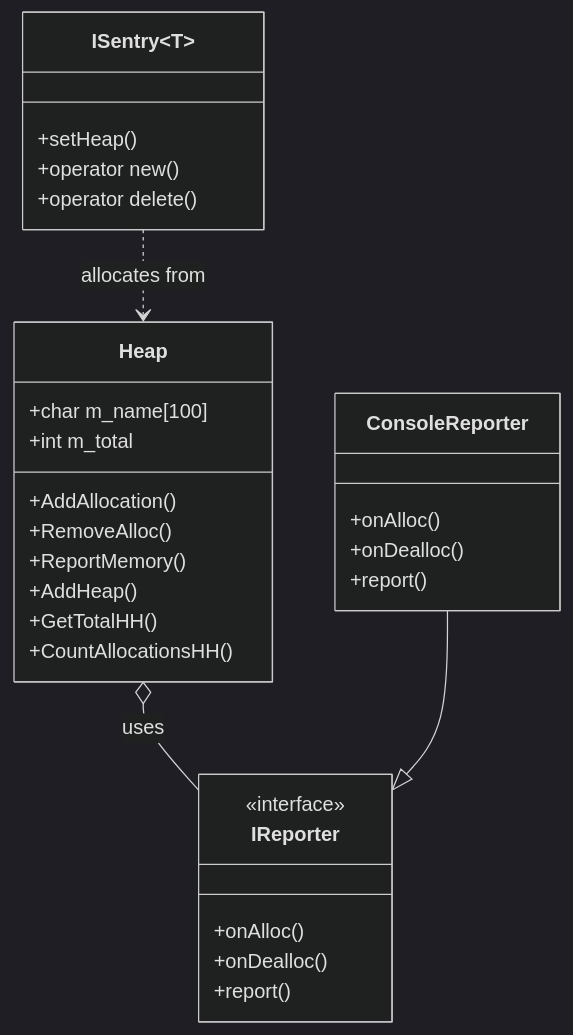
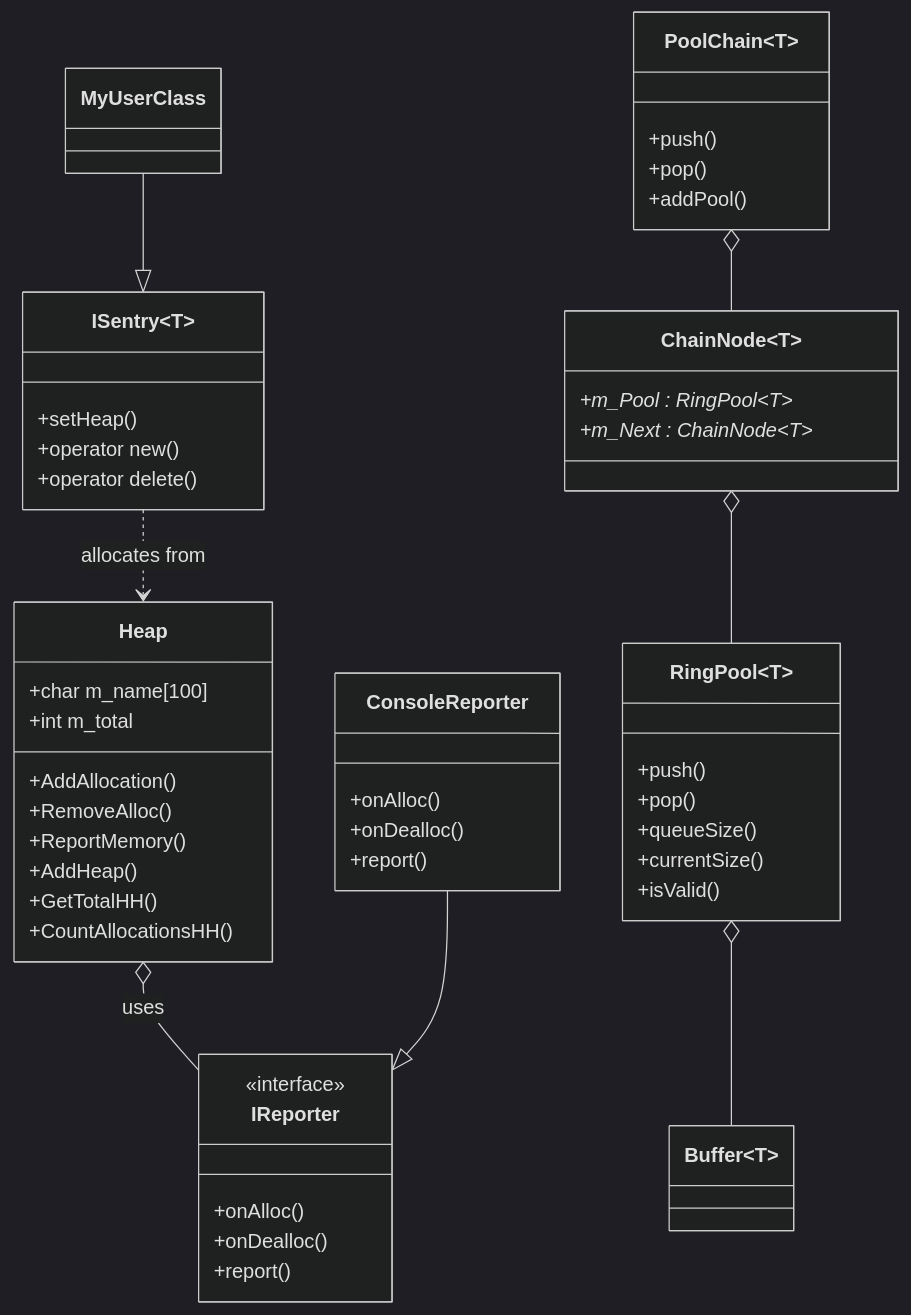
Before and after one commit to TheAmgadX/MemSentry-: the diagram in docs/API.md, drawn with Mermaid (dark theme). The commit also changed other lines of this file and 3 other files, not shown here.

Commit message:
update diagrams

````diff
--- a/docs/API.md
+++ b/docs/API.md
@@ -35,32 +44,56 @@
 ```mermaid
 classDiagram
     class Heap {
         +char m_name[100]
         +int m_total
         +AddAllocation()
         +RemoveAlloc()
         +ReportMemory()
         +AddHeap()
         +GetTotalHH()
         +CountAllocationsHH()
     }
     class IReporter {
         <<interface>>
         +onAlloc()
         +onDealloc()
         +report()
     }
     class ConsoleReporter {
         +onAlloc()
         +onDealloc()
         +report()
     }
     class ISentry~T~ {
         +setHeap()
         +operator new()
         +operator delete()
     }
+    class MyUserClass {
+    }
+    MyUserClass --|> ISentry~T~
+    class PoolChain~T~ {
+        +push()
+        +pop()
+        +addPool()
+    }
+    class ChainNode~T~ {
+        +m_Pool : RingPool~T~*
+        +m_Next : ChainNode~T~*
+    }
+    class RingPool~T~ {
+        +push()
+        +pop()
+        +queueSize()
+        +currentSize()
+        +isValid()
+    }
+    class Buffer~T~ {
+    }
     Heap o-- IReporter : uses
     ISentry ..> Heap : allocates from
     ConsoleReporter --|> IReporter
+    PoolChain~T~ o-- ChainNode~T~
+    ChainNode~T~ o-- RingPool~T~
+    RingPool~T~ o-- Buffer~T~
 ```
````
